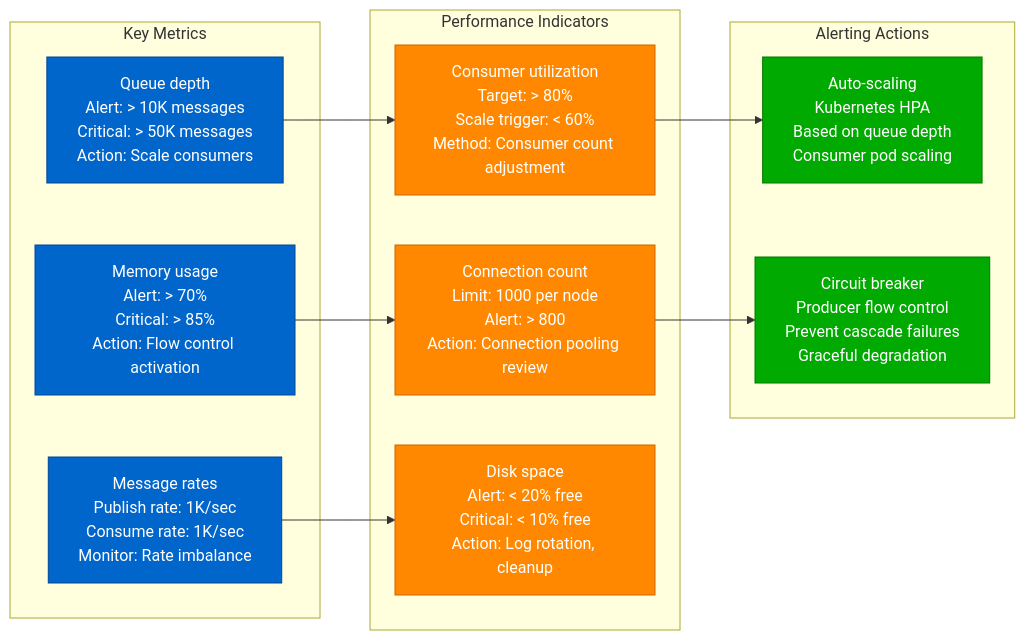
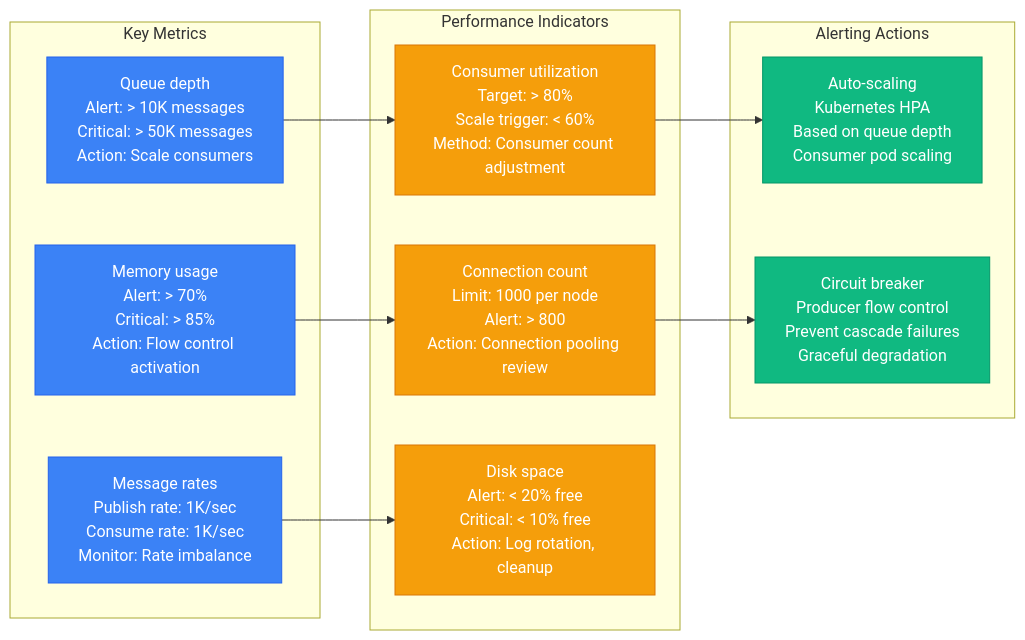
One commit to deepaucksharma/DS changed diagram 12 of 13 in site/docs/performance/rabbitmq-performance-profile.md. Above: the diagram before and after it, drawn with Mermaid. The commit also changed other lines of this file and 303 other files, not shown here.

````diff
--- a/site/docs/performance/rabbitmq-performance-profile.md
+++ b/site/docs/performance/rabbitmq-performance-profile.md
@@ -463,36 +463,36 @@
 ```mermaid
 graph LR
     subgraph "Key Metrics"
         METRICS1[Queue depth<br/>Alert: > 10K messages<br/>Critical: > 50K messages<br/>Action: Scale consumers]
 
         METRICS2[Memory usage<br/>Alert: > 70%<br/>Critical: > 85%<br/>Action: Flow control activation]
 
         METRICS3[Message rates<br/>Publish rate: 1K/sec<br/>Consume rate: 1K/sec<br/>Monitor: Rate imbalance]
     end
 
     subgraph "Performance Indicators"
         PI1[Consumer utilization<br/>Target: > 80%<br/>Scale trigger: < 60%<br/>Method: Consumer count adjustment]
 
         PI2[Connection count<br/>Limit: 1000 per node<br/>Alert: > 800<br/>Action: Connection pooling review]
 
         PI3[Disk space<br/>Alert: < 20% free<br/>Critical: < 10% free<br/>Action: Log rotation, cleanup]
     end
 
     subgraph "Alerting Actions"
         ACTIONS1[Auto-scaling<br/>Kubernetes HPA<br/>Based on queue depth<br/>Consumer pod scaling]
 
         ACTIONS2[Circuit breaker<br/>Producer flow control<br/>Prevent cascade failures<br/>Graceful degradation]
     end
 
     METRICS1 --> PI1 --> ACTIONS1
     METRICS2 --> PI2 --> ACTIONS2
     METRICS3 --> PI3
 
-    classDef metricsStyle fill:#0066CC,stroke:#004499,color:#fff
-    classDef piStyle fill:#FF8800,stroke:#CC6600,color:#fff
-    classDef actionStyle fill:#00AA00,stroke:#007700,color:#fff
+    classDef metricsStyle fill:#3B82F6,stroke:#2563EB,color:#fff
+    classDef piStyle fill:#F59E0B,stroke:#D97706,color:#fff
+    classDef actionStyle fill:#10B981,stroke:#059669,color:#fff
 
     class METRICS1,METRICS2,METRICS3 metricsStyle
     class PI1,PI2,PI3 piStyle
     class ACTIONS1,ACTIONS2 actionStyle
 ```
````
